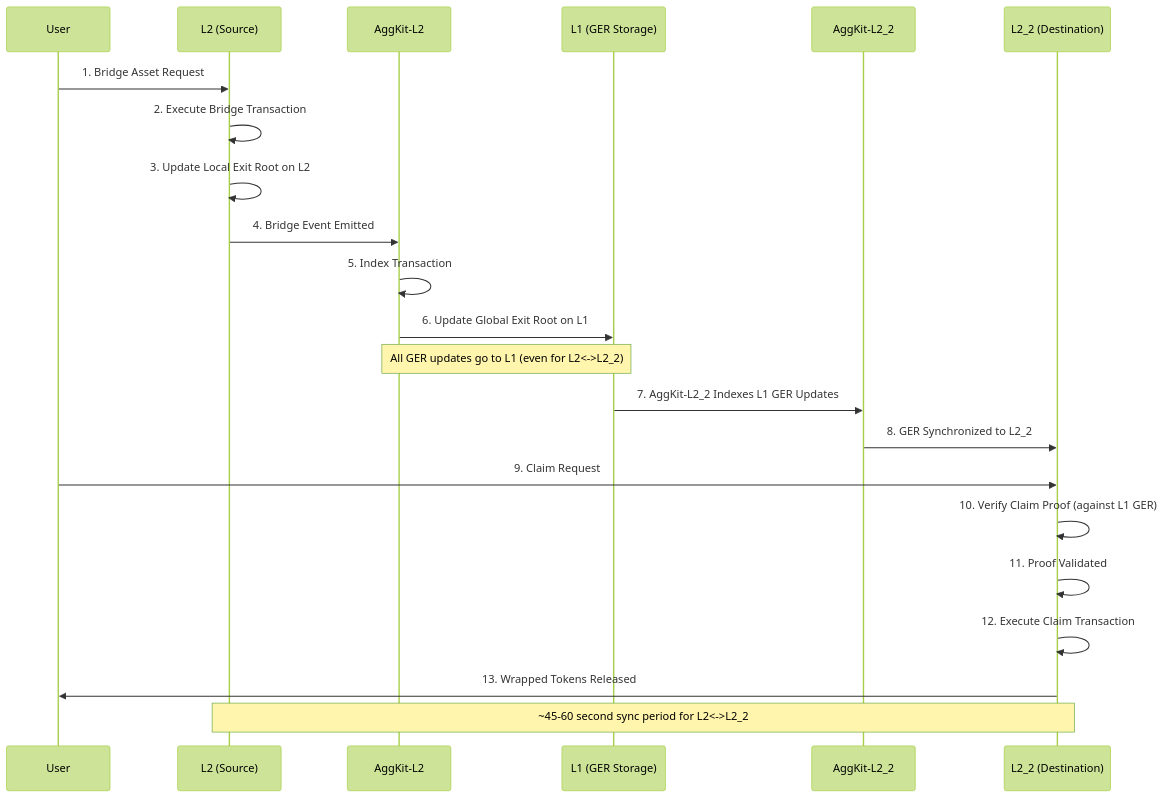
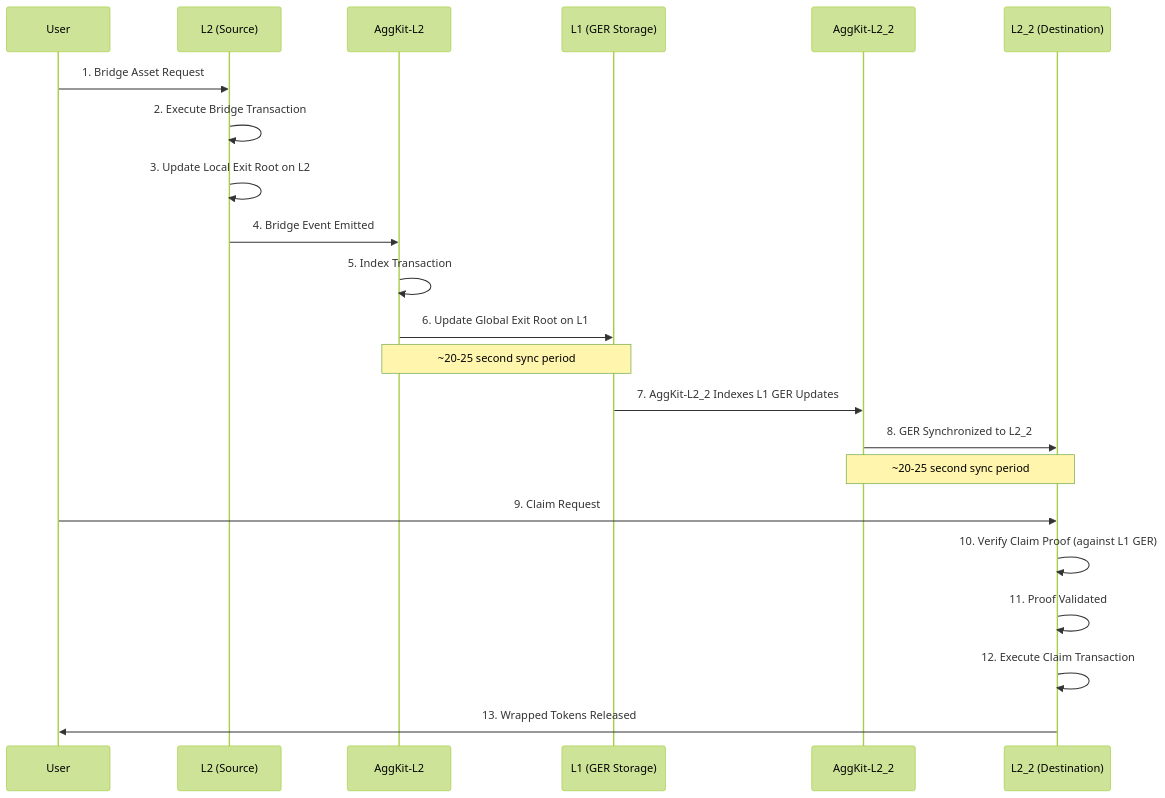
The third of 3 diagrams in docs/agglayer/developer-tools/aggsandbox/architecture.md (BrianSeong99/agglayer-docs), drawn with Mermaid (forest theme) before and after one commit. The commit also changed other lines of this file, not shown here.

Commit message:
fix: aggsandbox diagram fix

````diff
--- a/docs/agglayer/developer-tools/aggsandbox/architecture.md
+++ b/docs/agglayer/developer-tools/aggsandbox/architecture.md
@@ -80,28 +78,27 @@
 ```mermaid
 sequenceDiagram
     participant User
     participant L2 as L2 (Source)
     participant AggKit_L2 as AggKit-L2
     participant L1 as L1 (GER Storage)
     participant AggKit_L2_2 as AggKit-L2_2
     participant L2_2 as L2_2 (Destination)
     
     User->>L2: 1. Bridge Asset Request
     L2->>L2: 2. Execute Bridge Transaction
     L2->>L2: 3. Update Local Exit Root on L2
     L2->>AggKit_L2: 4. Bridge Event Emitted
     AggKit_L2->>AggKit_L2: 5. Index Transaction
     AggKit_L2->>L1: 6. Update Global Exit Root on L1
     
-    Note over AggKit_L2,L1: All GER updates go to L1 (even for L2<->L2_2)
+    Note over AggKit_L2,L1: ~20-25 second sync period
     
     L1->>AggKit_L2_2: 7. AggKit-L2_2 Indexes L1 GER Updates
     AggKit_L2_2->>L2_2: 8. GER Synchronized to L2_2
+    Note over AggKit_L2_2,L2_2: ~20-25 second sync period
     User->>L2_2: 9. Claim Request
     L2_2->>L2_2: 10. Verify Claim Proof (against L1 GER)
     L2_2->>L2_2: 11. Proof Validated
     L2_2->>L2_2: 12. Execute Claim Transaction
-    L2_2->>User: 13. Wrapped Tokens Released
-    
-    Note over L2,L2_2: ~45-60 second sync period for L2<->L2_2
+    L2_2->>User: 13. Wrapped Tokens Released    
 ```
````
